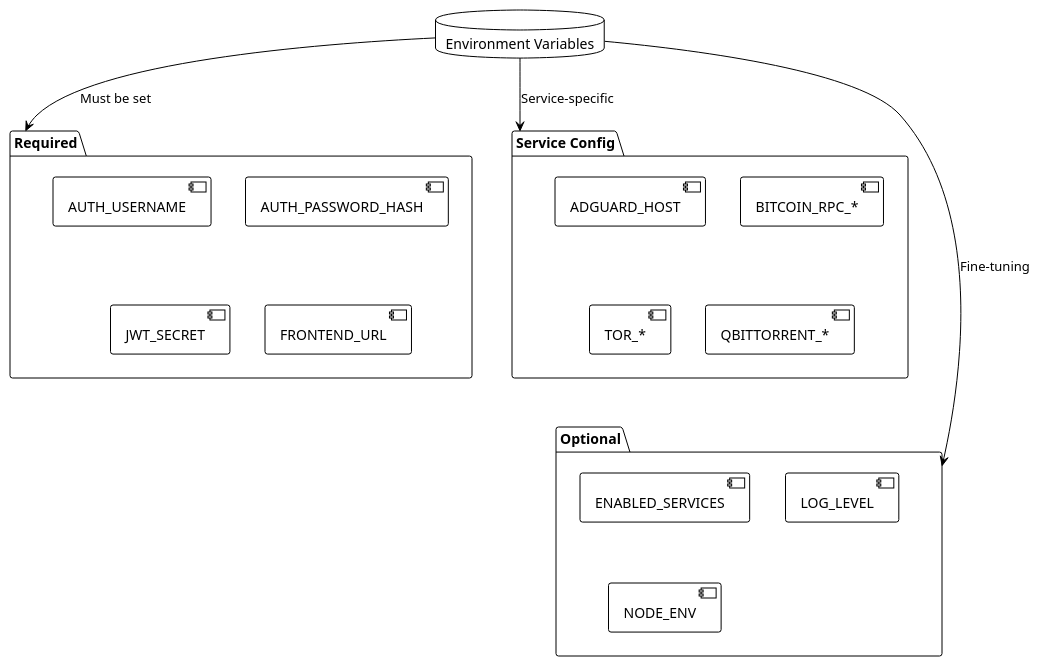
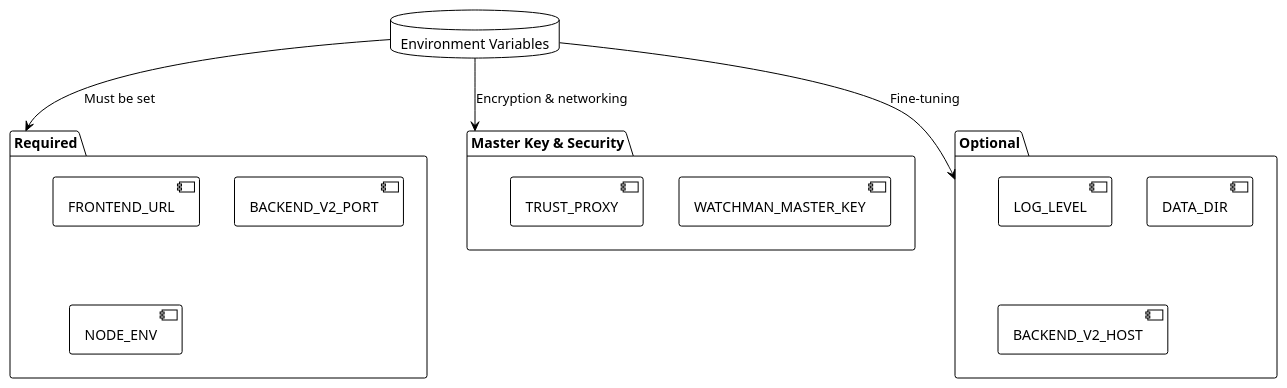
One commit to EraPartner/Watchman changed the second of 3 diagrams in docs/common-tasks.md. Above: the diagram before and after it, drawn with PlantUML. The commit also changed other lines of this file and 9 other files, not shown here.

First line of the commit message:
docs: align KB with ADR-017 (no auth) and add interactive flow visualizer

````diff
--- a/docs/common-tasks.md
+++ b/docs/common-tasks.md
@@ -197,31 +199,28 @@
 ```plantuml
 @startuml
 !theme plain
 
 database "Environment Variables" as Env
 
 package "Required" as Req {
-    [AUTH_USERNAME]
-    [AUTH_PASSWORD_HASH]
-    [JWT_SECRET]
     [FRONTEND_URL]
+    [BACKEND_V2_PORT]
+    [NODE_ENV]
 }
 
-package "Service Config" as Svc {
-    [ADGUARD_HOST]
-    [BITCOIN_RPC_*]
-    [TOR_*]
-    [QBITTORRENT_*]
+package "Master Key & Security" as Sec {
+    [WATCHMAN_MASTER_KEY]
+    [TRUST_PROXY]
 }
 
 package "Optional" as Opt {
-    [ENABLED_SERVICES]
     [LOG_LEVEL]
-    [NODE_ENV]
+    [DATA_DIR]
+    [BACKEND_V2_HOST]
 }
 
 Env --> Req : Must be set
-Env --> Svc : Service-specific
+Env --> Sec : Encryption & networking
 Env --> Opt : Fine-tuning
 @enduml
 ```
````
